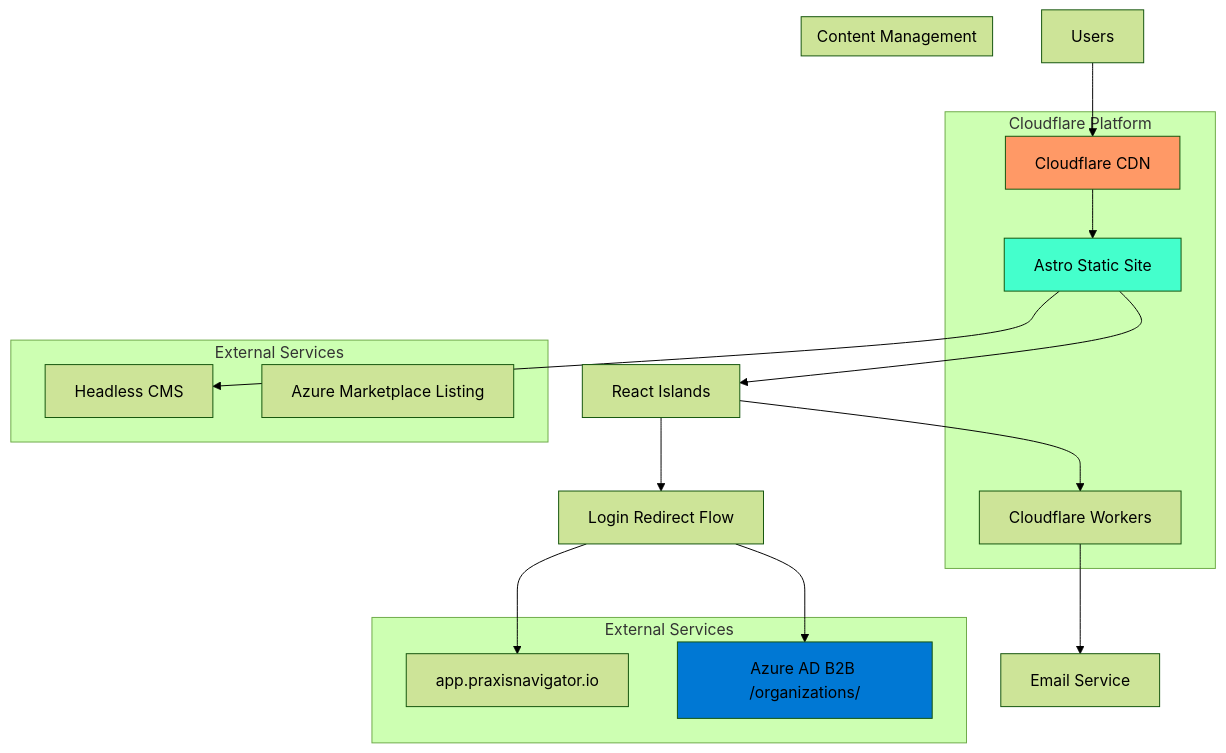
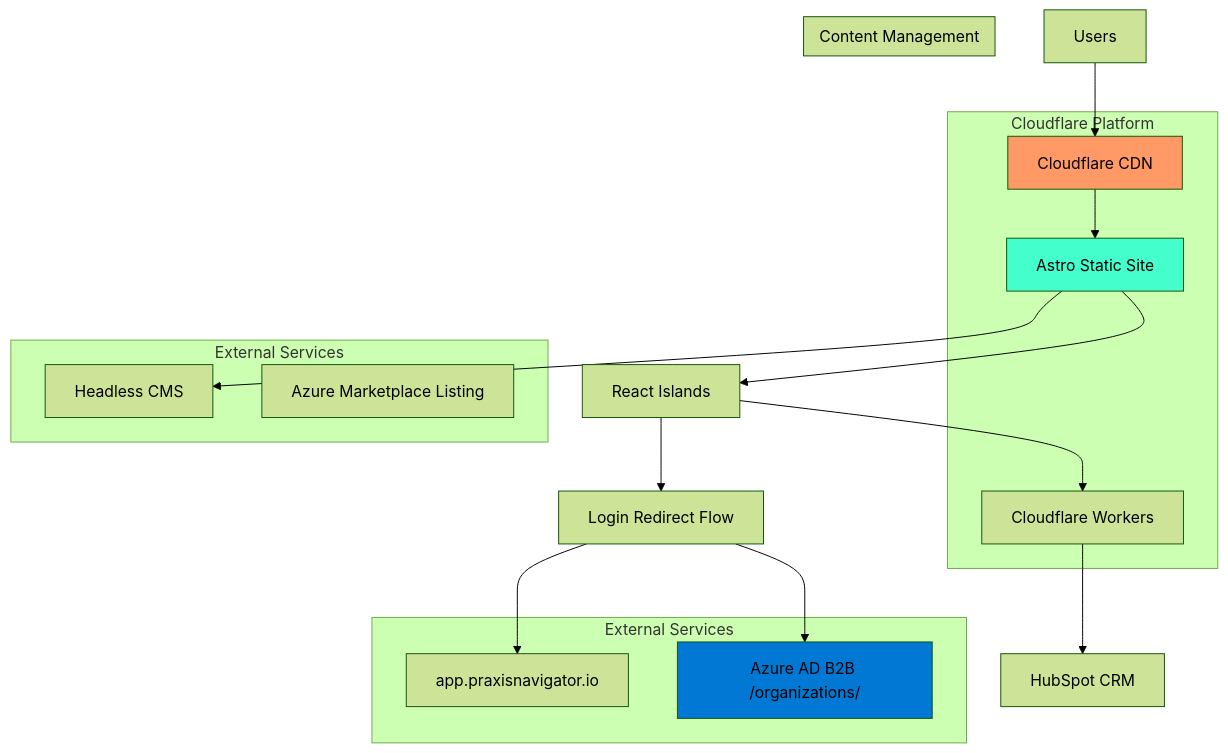
Before and after one commit to Praxis-Security-Labs/website: the first of 5 diagrams in docs/architecture.md, drawn with Mermaid (forest theme). The commit also changed other lines of this file and 3 other files, not shown here.

````diff
--- a/docs/architecture.md
+++ b/docs/architecture.md
@@ -64,36 +64,36 @@
 ```mermaid
 graph TB
     U[Users] --> CF[Cloudflare CDN]
     CF --> APP[Astro Static Site]
     APP --> R[React Islands]
     R --> LOGIN[Login Redirect Flow]
     R --> FORMS[Cloudflare Workers]
     APP --> CMS[Headless CMS]
-    FORMS --> EMAIL[Email Service]
+    FORMS --> HUBSPOT[HubSpot CRM]
     LOGIN --> PRAXIS_APP[app.praxisnavigator.io]
     LOGIN --> AAD[Azure AD B2B /organizations/]
     
     subgraph "Cloudflare Platform"
         CF
         APP
         FORMS
     end
     
     subgraph "External Services"
         AAD
         PRAXIS_APP
     end
     
     subgraph "External Services"
         CMS
         MARKETPLACE[Azure Marketplace Listing]
     end
     
     subgraph "Content Management"
         CMS
     end
     
     style CF fill:#f96
     style APP fill:#4fc
     style AAD fill:#0078d4
 ```
````
